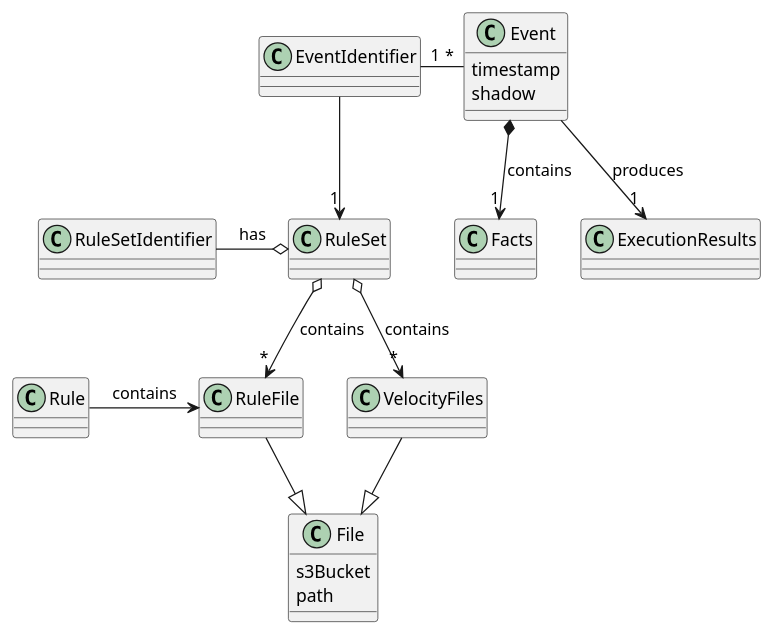
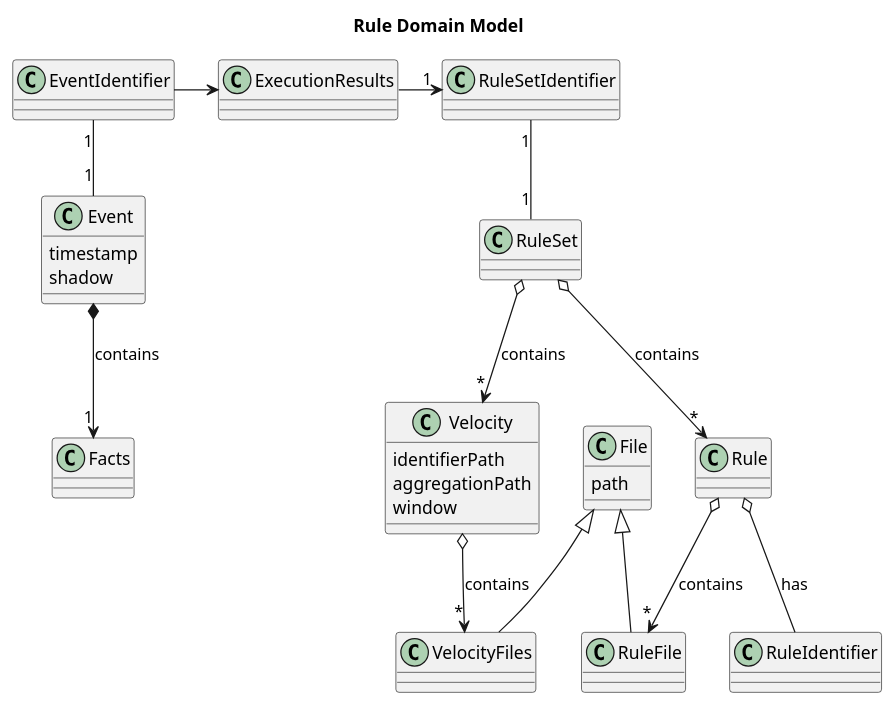
The diagram in docs/rule_domain_model.puml (wolpert/rules-engine), drawn with PlantUML before and after one commit. The commit also changed 18 other files, not shown here.

First line of the commit message:
Fixing the domain model and refactoring.

```diff
--- a/docs/rule_domain_model.puml
+++ b/docs/rule_domain_model.puml
@@ -1,32 +1,43 @@
 @startuml
+
+title Rule Domain Model
 
 class RuleFile {}
 class File {
-    {field} s3Bucket
     {field} path
 }
 class VelocityFiles {}
 class RuleSet {}
 class RuleSetIdentifier {}
+class RuleIdentifier {}
 class EventIdentifier {}
 class Event {
   {field} timestamp
   {field} shadow
 }
 class Facts {}
 class ExecutionResults {}
 class Rule {}
+class Velocity{
+    {field} identifierPath
+    {field} aggregationPath
+    {field} window
+}
 
-File <|-up- VelocityFiles
-File <|-up- RuleFile
+EventIdentifier "1" -- "1" Event
+Event *--> "1" Facts : contains
+EventIdentifier -right->  ExecutionResults
 
-RuleSet o-left- RuleSetIdentifier : has
-RuleSet o--> "*" RuleFile : contains
-RuleSet o--> "*" VelocityFiles : contains
-Rule --right> RuleFile : contains
-EventIdentifier --> "1" RuleSet
-EventIdentifier "1" -right- "*" Event
-Event *--> "1" Facts : contains
-Event --> "1" ExecutionResults : produces
+ExecutionResults -right-> "1" RuleSetIdentifier
+RuleSetIdentifier "1" -- "1" RuleSet
+
+RuleSet o--> "*" Rule : contains
+RuleSet o--> "*" Velocity : contains
+Rule o-- RuleIdentifier : has
+Rule o--> "*" RuleFile : contains
+Velocity o--> "*" VelocityFiles : contains
+File <|-- VelocityFiles
+File <|-- RuleFile
+
 
 @enduml
```
